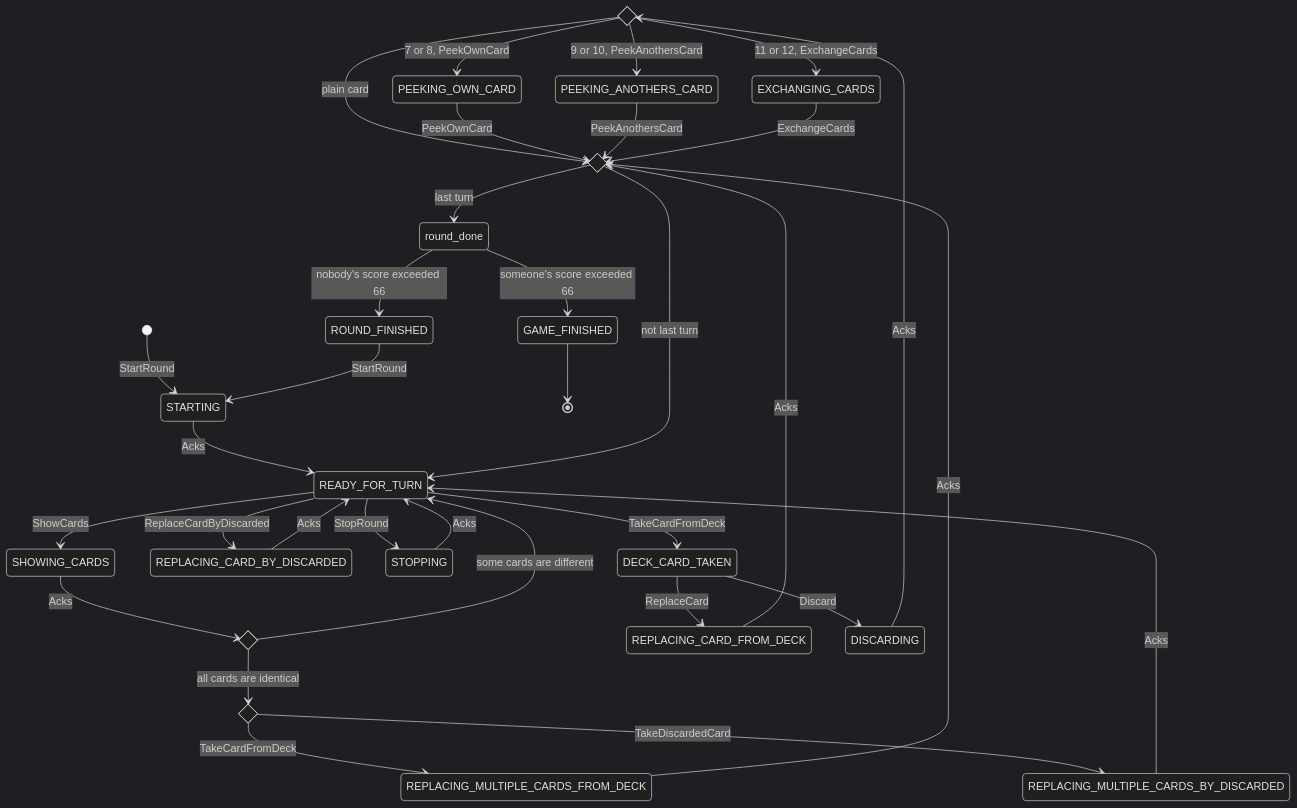
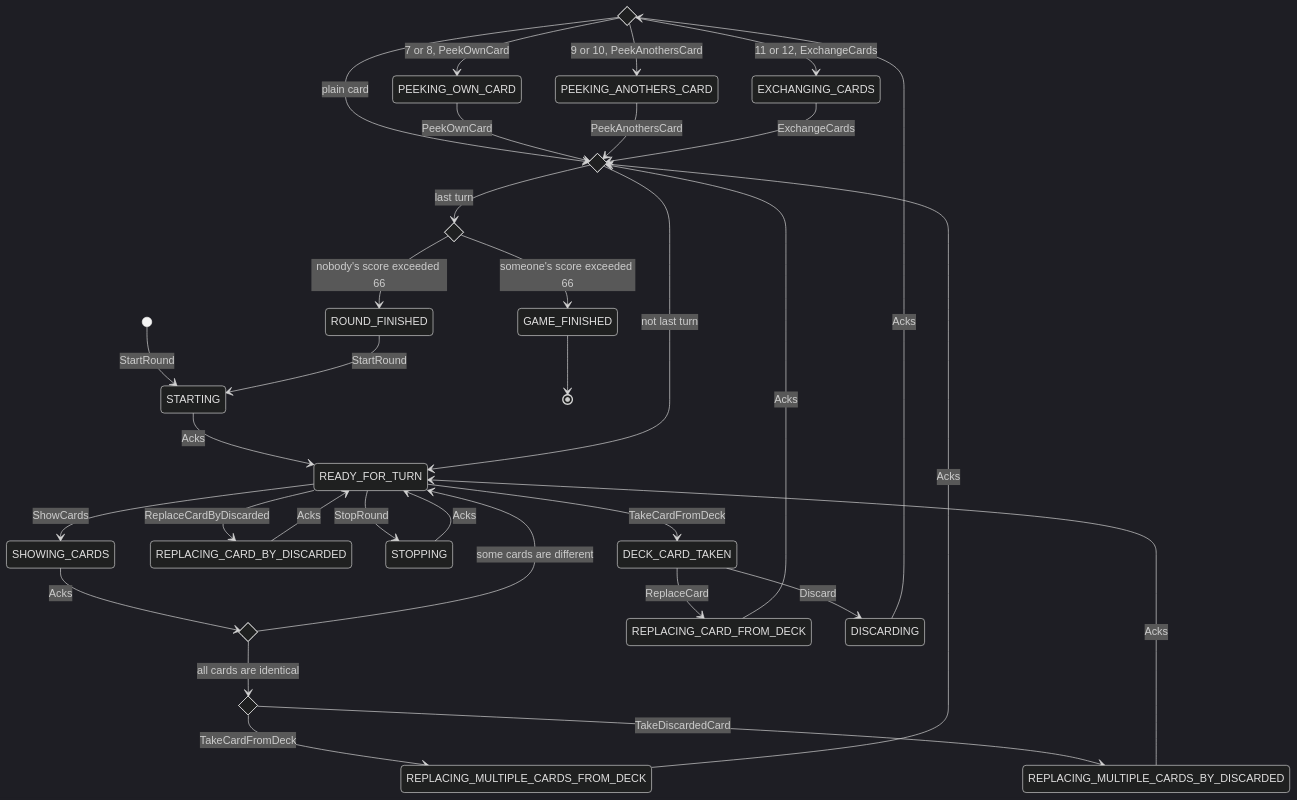
Before and after one commit to roman-zubarevich/another: the first of 17 diagrams in README.md, drawn with Mermaid (dark theme).

Commit message:
adjust readme

````diff
--- a/README.md
+++ b/README.md
@@ -7,39 +7,40 @@
 ```mermaid
 stateDiagram-v2
     state discarded <<choice>>
     state comparing_cards <<choice>>
     state replacing_cards <<choice>>
     state turn_done <<choice>>
+    state round_done <<choice>>
     [*] --> STARTING: StartRound
     STARTING --> READY_FOR_TURN: Acks
     READY_FOR_TURN --> DECK_CARD_TAKEN: TakeCardFromDeck
     READY_FOR_TURN --> REPLACING_CARD_BY_DISCARDED: ReplaceCardByDiscarded
     READY_FOR_TURN --> STOPPING: StopRound
     READY_FOR_TURN --> SHOWING_CARDS: ShowCards
     SHOWING_CARDS --> comparing_cards: Acks
     comparing_cards --> READY_FOR_TURN: some cards are different
     comparing_cards --> replacing_cards: all cards are identical
     replacing_cards --> REPLACING_MULTIPLE_CARDS_FROM_DECK: TakeCardFromDeck
     replacing_cards --> REPLACING_MULTIPLE_CARDS_BY_DISCARDED: TakeDiscardedCard
     DECK_CARD_TAKEN --> REPLACING_CARD_FROM_DECK: ReplaceCard
     REPLACING_CARD_FROM_DECK --> turn_done: Acks
     DECK_CARD_TAKEN --> DISCARDING: Discard
     DISCARDING --> discarded: Acks
     discarded --> turn_done: plain card
     discarded --> PEEKING_OWN_CARD: 7 or 8, PeekOwnCard
     discarded --> PEEKING_ANOTHERS_CARD: 9 or 10, PeekAnothersCard
     discarded --> EXCHANGING_CARDS: 11 or 12, ExchangeCards
     REPLACING_CARD_BY_DISCARDED --> READY_FOR_TURN: Acks
     REPLACING_MULTIPLE_CARDS_BY_DISCARDED --> READY_FOR_TURN: Acks
     STOPPING --> READY_FOR_TURN: Acks
     REPLACING_MULTIPLE_CARDS_FROM_DECK --> turn_done: Acks
     PEEKING_OWN_CARD --> turn_done: PeekOwnCard
     PEEKING_ANOTHERS_CARD --> turn_done: PeekAnothersCard
     EXCHANGING_CARDS --> turn_done: ExchangeCards
     turn_done --> READY_FOR_TURN: not last turn
     turn_done --> round_done: last turn
     round_done --> ROUND_FINISHED: nobody's score exceeded 66
     round_done --> GAME_FINISHED: someone's score exceeded 66
     ROUND_FINISHED --> STARTING: StartRound
     GAME_FINISHED --> [*]
 ```
````
